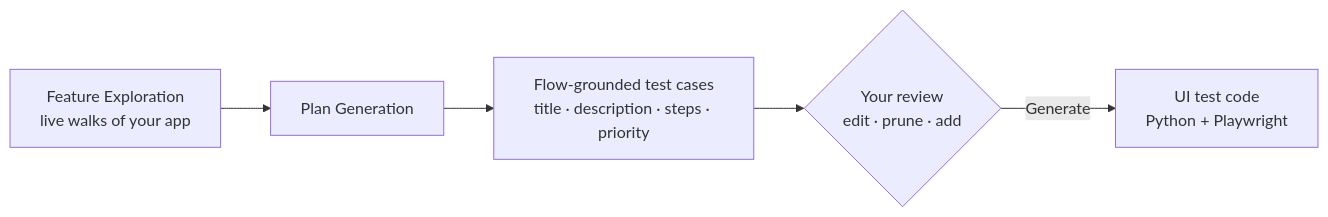
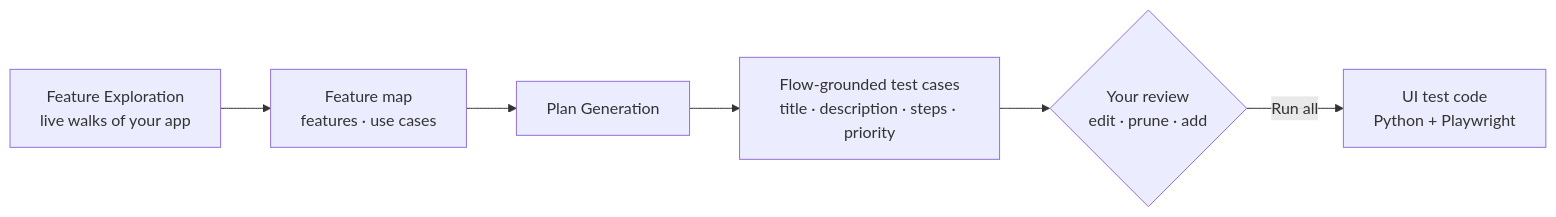
Before and after one commit to TestSprite/Docs: the diagram in web-portal/core/ui/ui-plan-gen.mdx, drawn with Mermaid. The commit also changed other lines of this file and 51 other files, not shown here.

````diff
--- a/web-portal/core/ui/ui-plan-gen.mdx
+++ b/web-portal/core/ui/ui-plan-gen.mdx
@@ -15,7 +15,7 @@
 ```mermaid
 flowchart LR
-    A[Feature Exploration<br/>live walks of your app] --> B[Plan Generation]
+    A[Feature Exploration<br/>live walks of your app] --> M[Feature map<br/>features · use cases] --> B[Plan Generation]
     B --> C[Flow-grounded test cases<br/>title · description · steps · priority]
     C --> D{Your review<br/>edit · prune · add}
-    D -->|Generate| E[UI test code<br/>Python + Playwright]
+    D -->|Run all| E[UI test code<br/>Python + Playwright]
 ```
````
